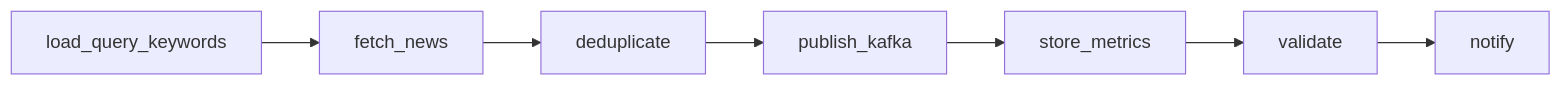
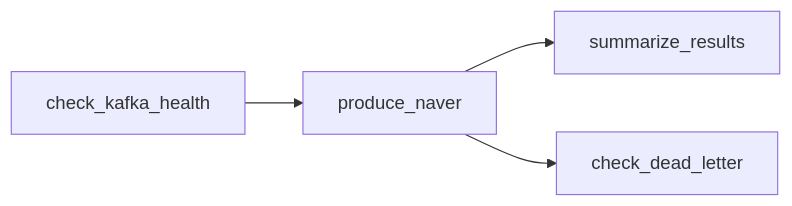
One commit to yeongmin-yu/news-trend-pipeline-dev changed the second of 2 diagrams in docs/develop/Q3_AIRFLOW_DAG.md. Above: the diagram before and after it, drawn with Mermaid. The commit also changed other lines of this file, not shown here.

````diff
--- a/docs/develop/Q3_AIRFLOW_DAG.md
+++ b/docs/develop/Q3_AIRFLOW_DAG.md
@@ -74,9 +90,6 @@
 ```mermaid
 flowchart LR
-    A[load_query_keywords] --> B[fetch_news]
-    B --> C[deduplicate]
-    C --> D[publish_kafka]
-    D --> E[store_metrics]
-    E --> F[validate]
-    F --> G[notify]
+    A[check_kafka_health] --> B[produce_naver]
+    B --> C[summarize_results]
+    B --> D[check_dead_letter]
 ```
````
